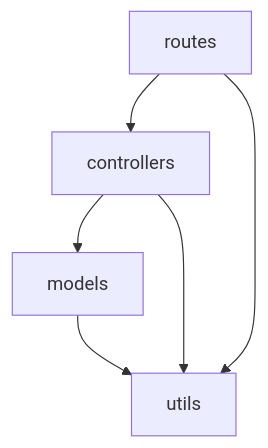
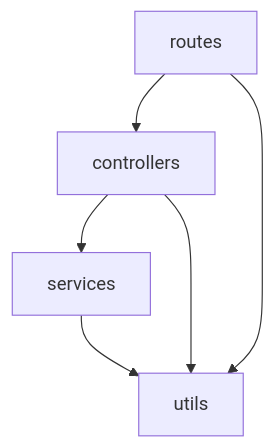
The diagram in README.md (Rubyrubylai/hero), drawn with Mermaid before and after one commit. The commit also changed other lines of this file and 4 other files, not shown here.

Commit message:
refactor(hero): change models to services

````diff
--- a/README.md
+++ b/README.md
@@ -17,8 +17,8 @@
 ```mermaid
 graph TD;
 routes-->controllers;
-controllers-->models;
-models-->utils;
+controllers-->services;
+services-->utils;
 routes-->utils;
 controllers-->utils;
 ```
````
